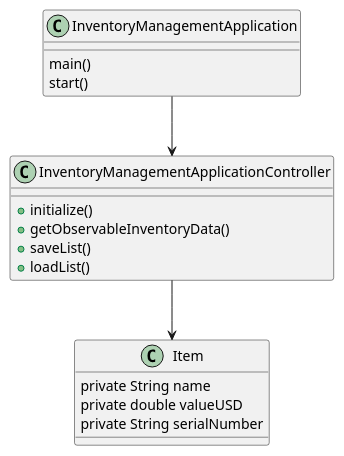
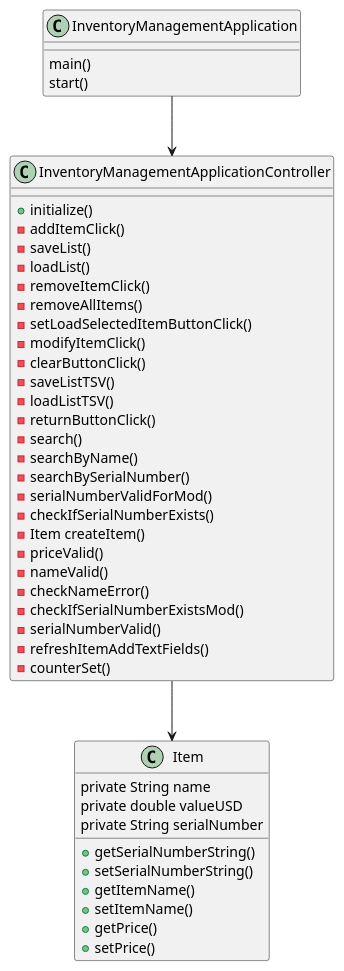
The diagram in docs/InventoryManagementAppUML.puml (airick17/heston-app2), drawn with PlantUML before and after one commit.

Commit message:
update to UML

```diff
--- a/docs/InventoryManagementAppUML.puml
+++ b/docs/InventoryManagementAppUML.puml
@@ -1,25 +1,61 @@
 @startuml
 'https://plantuml.com/class-diagram
 
 class InventoryManagementApplication {
     main()
     start()
 }
 InventoryManagementApplication --> InventoryManagementApplicationController
 
 class Item{
     private String name
     private double valueUSD
     private String serialNumber
+
+    +getSerialNumberString()
+    +setSerialNumberString()
+    +getItemName()
+    +setItemName()
+    +getPrice()
+    +setPrice()
+
 }
 
 InventoryManagementApplicationController --> Item
 
 class InventoryManagementApplicationController {
     +initialize()
-    +getObservableInventoryData()
-    +saveList()
-    +loadList()
+    -addItemClick()
+    -saveList()
+    -loadList()
+    -removeItemClick()
+    -removeAllItems()
+    -setLoadSelectedItemButtonClick()
+    -modifyItemClick()
+    -clearButtonClick()
+    -saveListTSV()
+    -loadListTSV()
+    -returnButtonClick()
+    -search()
+    -searchByName()
+    -searchBySerialNumber()
+    -serialNumberValidForMod()
+    -checkIfSerialNumberExists()
+    -Item createItem()
+    -priceValid()
+    -nameValid()
+    -checkNameError()
+    -checkIfSerialNumberExistsMod()
+    -serialNumberValid()
+    -refreshItemAddTextFields()
+    -counterSet()
+
+
+
+
+
+
+
 }
 
 @enduml
```
